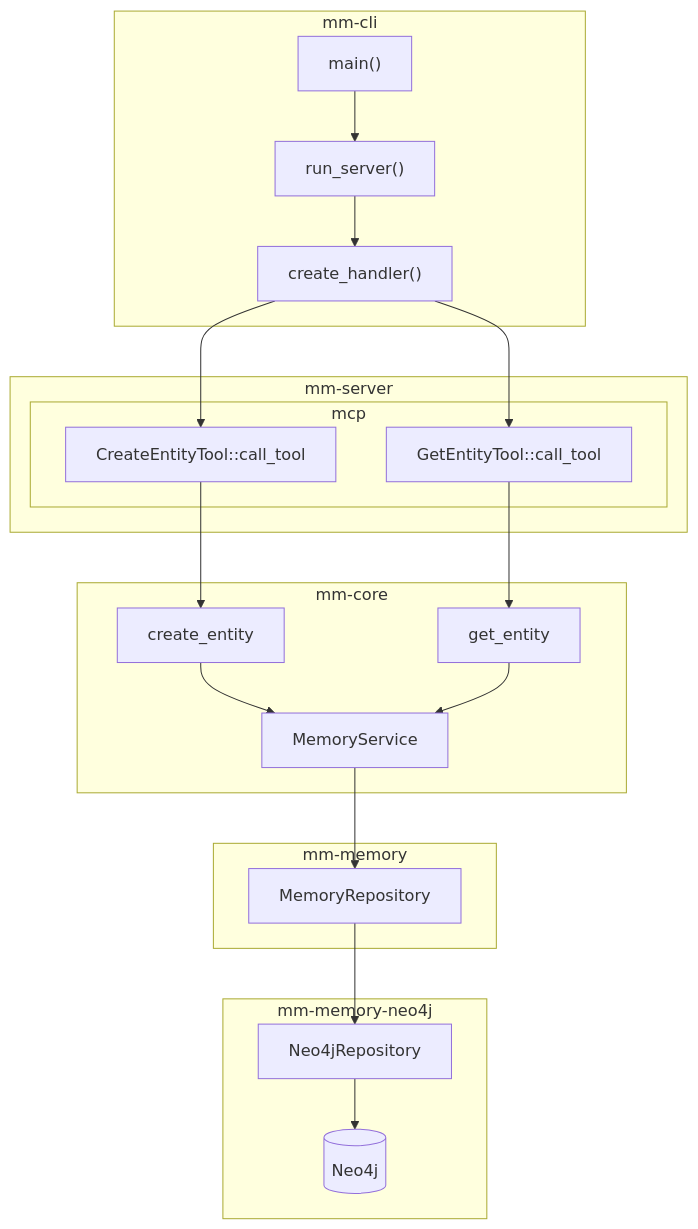
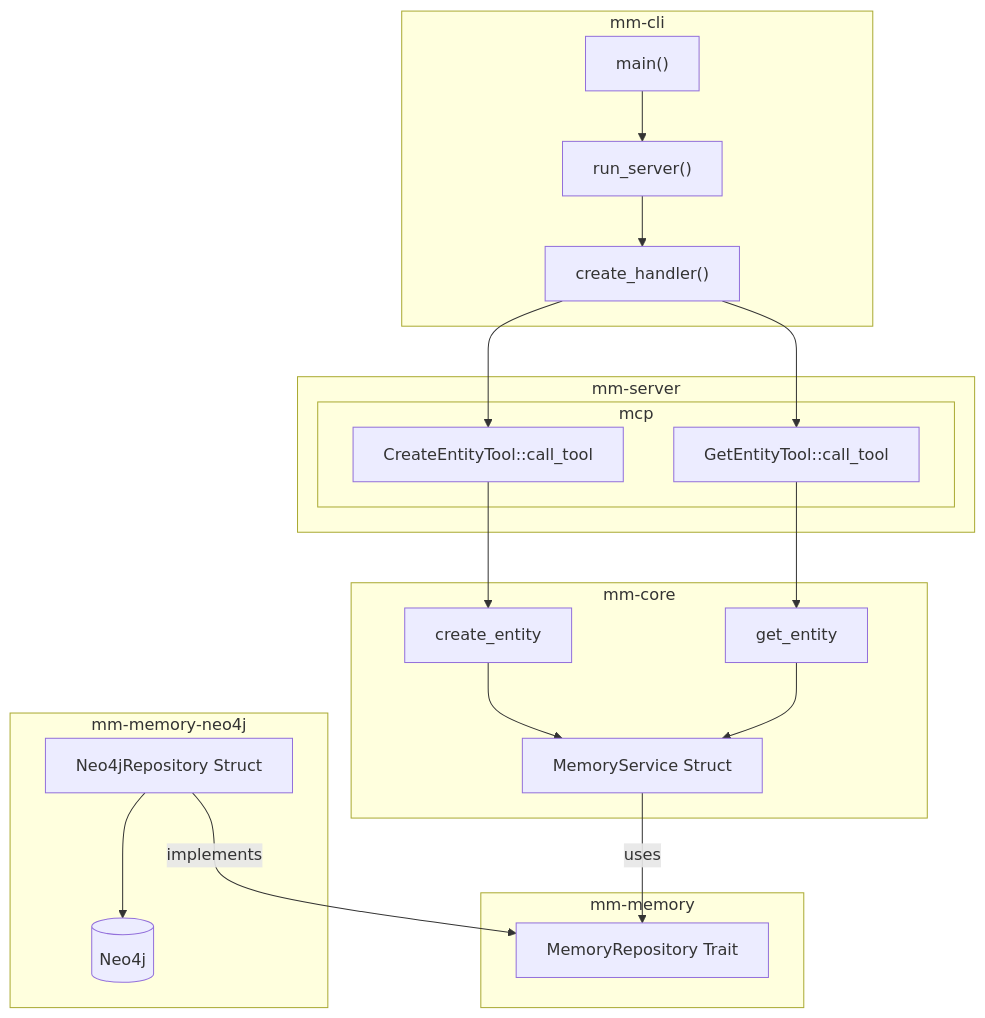
Before and after one commit to andoriyu/middle-manager: the diagram in README.md, drawn with Mermaid. The commit also changed other lines of this file, not shown here.

Commit message:
Clarify MemoryService source and label diagram

````diff
--- a/README.md
+++ b/README.md
@@ -20,46 +20,46 @@
 ```mermaid
 graph TD
     %% mm-cli details
     subgraph "mm-cli"
         main_fn["main()"]
         run_server_fn["run_server()"]
         main_fn --> run_server_fn
         run_server_fn --> create_handler
     end
 
     %% mm-server details
     subgraph "mm-server"
         create_handler["create_handler()"]
         subgraph "mcp"
             create_tool["CreateEntityTool::call_tool"]
             get_tool["GetEntityTool::call_tool"]
         end
         create_handler --> create_tool
         create_handler --> get_tool
     end
 
     %% mm-core details
     subgraph "mm-core"
         create_op["create_entity"]
         get_op["get_entity"]
-        create_op --> memory_service["MemoryService"]
+        create_op --> memory_service["MemoryService Struct"]
         get_op --> memory_service
     end
 
     %% mm-memory details
     subgraph "mm-memory"
-        memory_service["MemoryService"]
-        repository_trait["MemoryRepository"]
-        memory_service --> repository_trait
+        memory_service["MemoryService Struct"]
+        repository_trait["MemoryRepository Trait"]
+        memory_service -->|uses| repository_trait
     end
 
     %% mm-memory-neo4j details
     subgraph "mm-memory-neo4j"
-        repository_trait --> neo4j_repo["Neo4jRepository"]
+        neo4j_repo["Neo4jRepository Struct"] -->|implements| repository_trait
         neo4j_repo --> neo4j_db[(Neo4j)]
     end
 
     %% Flow connections
     create_tool --> create_op
     get_tool --> get_op
 ```
````
